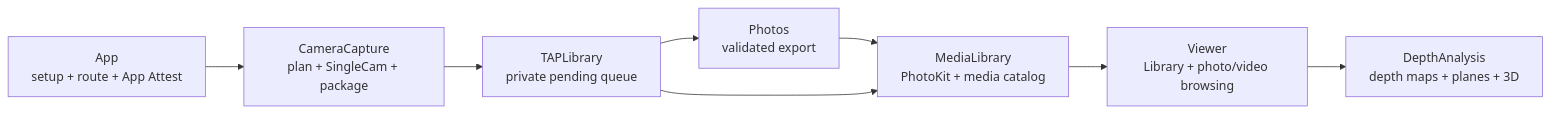
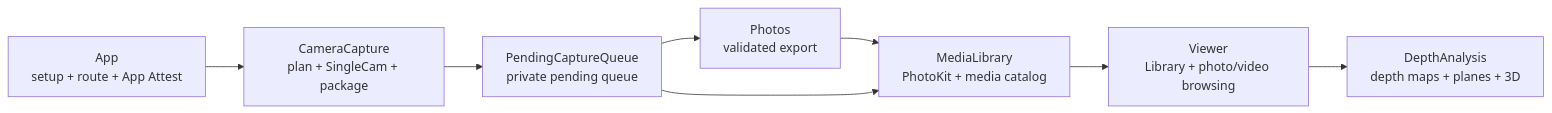
Before and after one commit to TAP-NAP/TAPCamDemo: the diagram in README.md, drawn with Mermaid. The commit also changed other lines of this file and 33 other files, not shown here.

First line of the commit message:
Name the pending capture queue by its storage and processing role

````diff
--- a/README.md
+++ b/README.md
@@ -30,10 +30,10 @@
 ```mermaid
 flowchart LR
     App["App\nsetup + route + App Attest"] --> Camera["CameraCapture\nplan + SingleCam + package"]
-    Camera --> Queue["TAPLibrary\nprivate pending queue"]
+    Camera --> Queue["PendingCaptureQueue\nprivate pending queue"]
     Queue --> Photos["Photos\nvalidated export"]
     Photos --> Media["MediaLibrary\nPhotoKit + media catalog"]
     Queue --> Media
     Media --> Viewer["Viewer\nLibrary + photo/video browsing"]
     Viewer --> Analysis["DepthAnalysis\ndepth maps + planes + 3D"]
 ```
````
